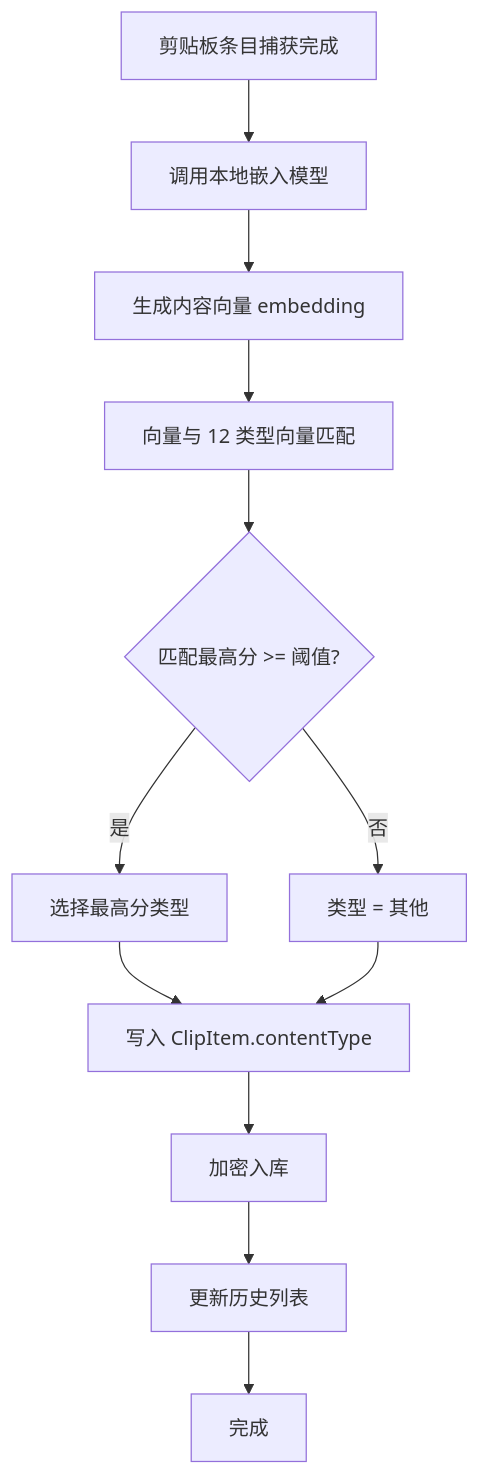
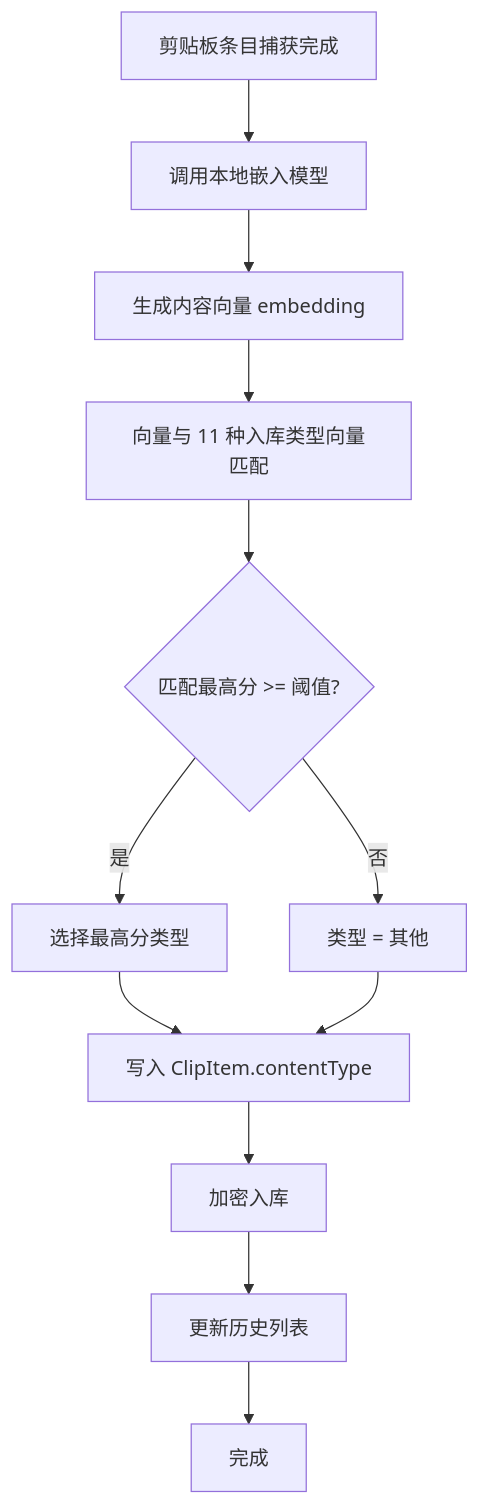
One commit to marcocpt/ClipMind changed the fourth of 13 diagrams in docs/planning/P0/F1/F1_ClipMind_设计规范.md. Above: the diagram before and after it, drawn with Mermaid. The commit also changed other lines of this file, not shown here.

````diff
--- a/docs/planning/P0/F1/F1_ClipMind_设计规范.md
+++ b/docs/planning/P0/F1/F1_ClipMind_设计规范.md
@@ -241,17 +241,17 @@
 ```mermaid
 flowchart TD
     A[剪贴板条目捕获完成] --> B[调用本地嵌入模型]
     B --> C[生成内容向量 embedding]
-    C --> D[向量与 12 类型向量匹配]
+    C --> D[向量与 11 种入库类型向量匹配]
     
     D --> D1{匹配最高分 >= 阈值?}
     D1 -- 是 --> E[选择最高分类型]
     D1 -- 否 --> F[类型 = 其他]
     
     E --> G[写入 ClipItem.contentType]
     F --> G
     
     G --> H[加密入库]
     H --> I[更新历史列表]
     I --> J[完成]
 ```
````
